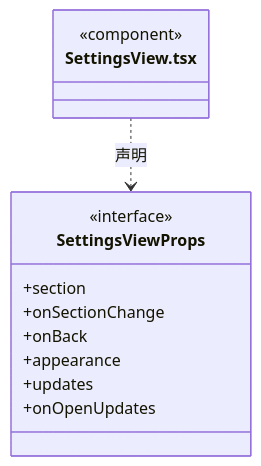
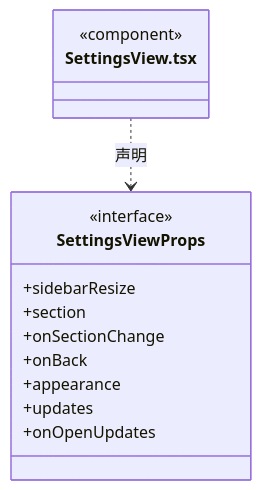
Diagram 23 of 33 in src/view/settings/ARCHITECTURE.md (nan023062/cbim), drawn with Mermaid before and after one commit. The commit also changed other lines of this file and 13 other files, not shown here.

````diff
--- a/src/view/settings/ARCHITECTURE.md
+++ b/src/view/settings/ARCHITECTURE.md
@@ -334,16 +334,17 @@
 ```mermaid
 classDiagram
 class N_src_view_settings_SettingsView_tsx["SettingsView.tsx"] {
   <<component>>
 }
 class N_src_view_settings_SettingsView_tsx_SettingsViewProps["SettingsViewProps"] {
   <<interface>>
+  +sidebarResize
   +section
   +onSectionChange
   +onBack
   +appearance
   +updates
   +onOpenUpdates
 }
 N_src_view_settings_SettingsView_tsx ..> N_src_view_settings_SettingsView_tsx_SettingsViewProps : 声明
 ```
````
